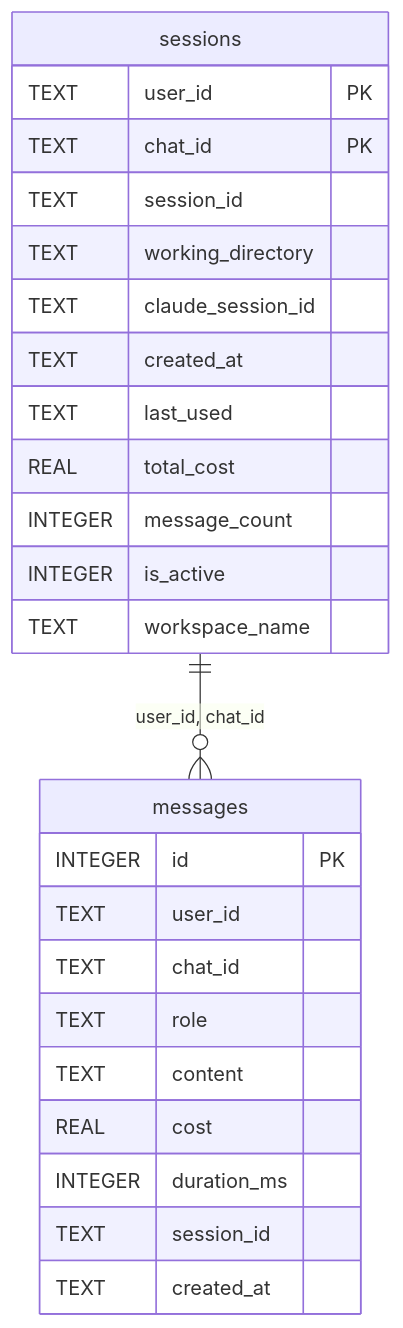
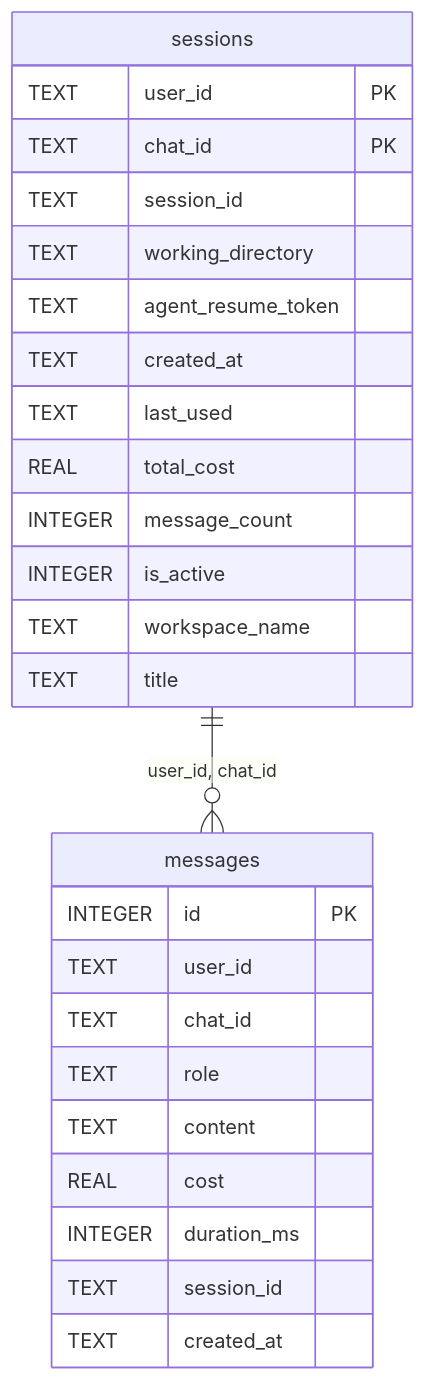
The second of 2 diagrams in docs/storage.md (vmehera123/leashd), drawn with Mermaid before and after one commit. The commit also changed other lines of this file and 7 other files, not shown here.

````diff
--- a/docs/storage.md
+++ b/docs/storage.md
@@ -104,30 +107,31 @@
 ```mermaid
 erDiagram
     sessions {
         TEXT user_id PK
         TEXT chat_id PK
         TEXT session_id
         TEXT working_directory
-        TEXT claude_session_id
+        TEXT agent_resume_token
         TEXT created_at
         TEXT last_used
         REAL total_cost
         INTEGER message_count
         INTEGER is_active
         TEXT workspace_name
+        TEXT title
     }
 
     messages {
         INTEGER id PK
         TEXT user_id
         TEXT chat_id
         TEXT role
         TEXT content
         REAL cost
         INTEGER duration_ms
         TEXT session_id
         TEXT created_at
     }
 
     sessions ||--o{ messages : "user_id, chat_id"
 ```
````
